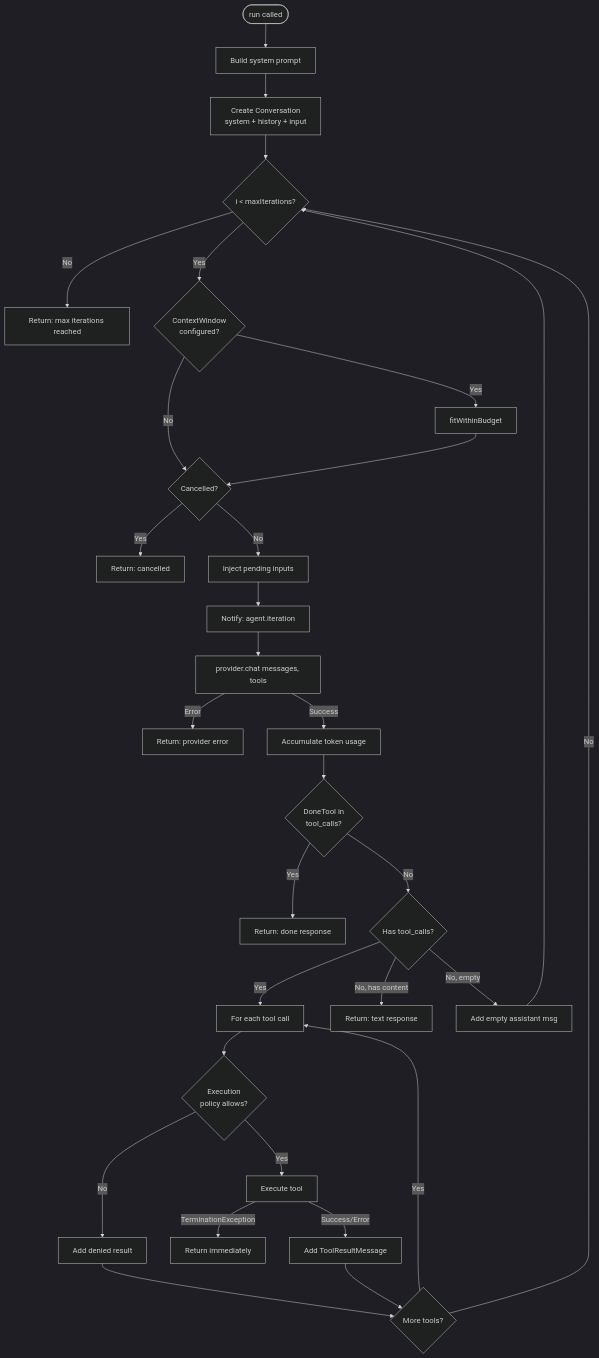
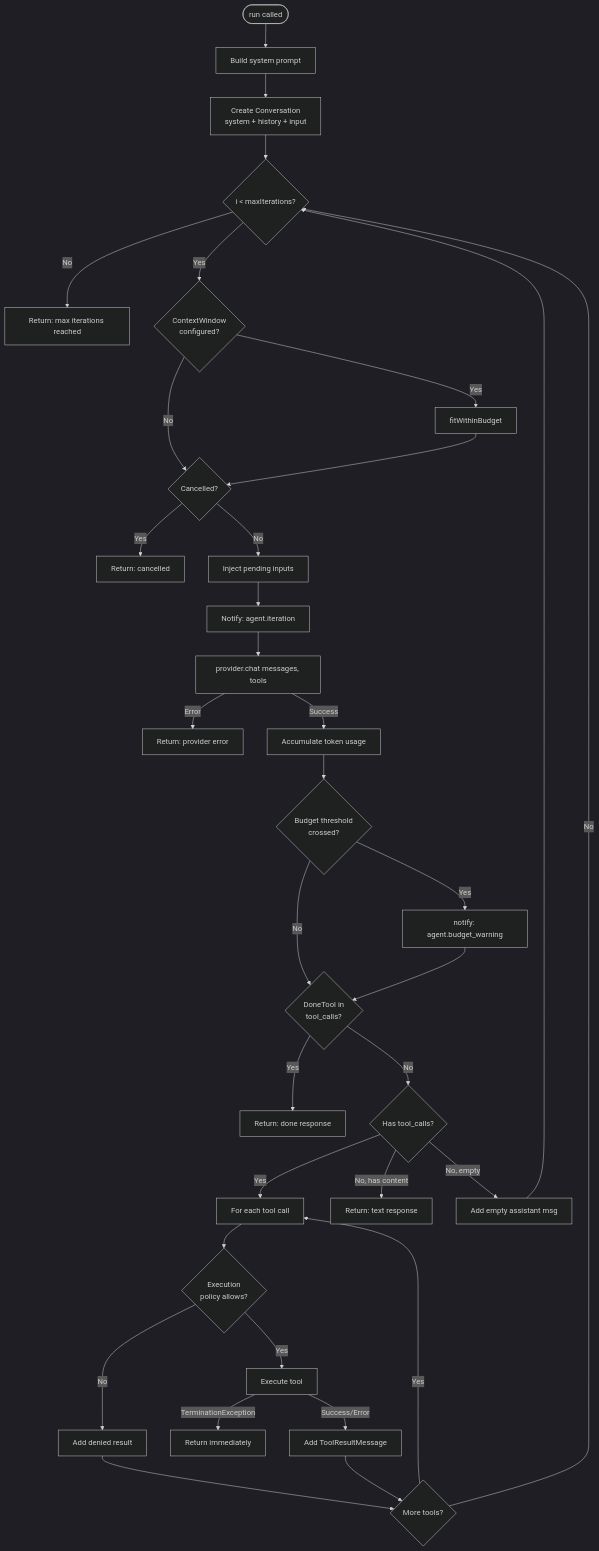
One commit to carmelosantana/php-agents changed the second of 9 diagrams in docs/ARCHITECTURE.md. Above: the diagram before and after it, drawn with Mermaid (dark theme). The commit also changed other lines of this file and 5 other files, not shown here.

First line of the commit message:
Add budget-aware exit with wrap-up window and warning events

````diff
--- a/docs/ARCHITECTURE.md
+++ b/docs/ARCHITECTURE.md
@@ -69,44 +69,47 @@
 ```mermaid
 flowchart TD
     START([run called]) --> BUILD[Build system prompt]
     BUILD --> CONV[Create Conversation<br/>system + history + input]
     CONV --> LOOP{i < maxIterations?}
 
     LOOP -->|No| MAX[Return: max iterations reached]
 
     LOOP -->|Yes| PRUNE{ContextWindow<br/>configured?}
     PRUNE -->|Yes| FIT[fitWithinBudget]
     PRUNE -->|No| CANCEL
     FIT --> CANCEL
 
     CANCEL{Cancelled?}
     CANCEL -->|Yes| CANCELLED[Return: cancelled]
     CANCEL -->|No| PENDING[Inject pending inputs]
 
     PENDING --> NOTIFY[Notify: agent.iteration]
     NOTIFY --> CHAT[provider.chat messages, tools]
 
     CHAT -->|Error| ERR[Return: provider error]
 
     CHAT -->|Success| USAGE[Accumulate token usage]
-    USAGE --> DONE{DoneTool in<br/>tool_calls?}
+    USAGE --> BUDGET{Budget threshold<br/>crossed?}
+    BUDGET -->|Yes| WARN[notify: agent.budget_warning]
+    BUDGET -->|No| DONE{DoneTool in<br/>tool_calls?}
+    WARN --> DONE
 
     DONE -->|Yes| RETURN_DONE[Return: done response]
 
     DONE -->|No| TOOLS{Has tool_calls?}
 
     TOOLS -->|Yes| EXEC_LOOP[For each tool call]
     EXEC_LOOP --> POLICY{Execution<br/>policy allows?}
     POLICY -->|No| DENIED[Add denied result]
     POLICY -->|Yes| EXECUTE[Execute tool]
     EXECUTE -->|TerminationException| TERM[Return immediately]
     EXECUTE -->|Success/Error| RESULT[Add ToolResultMessage]
     DENIED --> NEXT_TOOL{More tools?}
     RESULT --> NEXT_TOOL
     NEXT_TOOL -->|Yes| EXEC_LOOP
     NEXT_TOOL -->|No| LOOP
 
     TOOLS -->|No, has content| TEXT[Return: text response]
     TOOLS -->|No, empty| RETRY[Add empty assistant msg]
     RETRY --> LOOP
 ```
````
